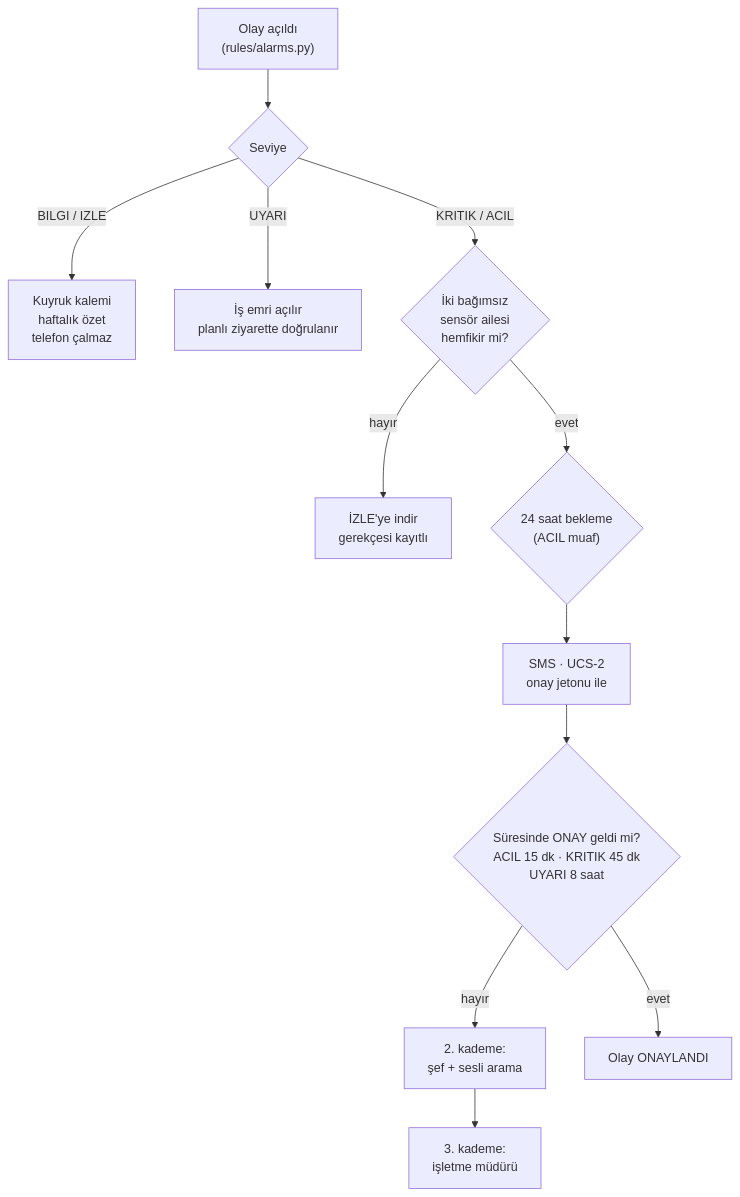
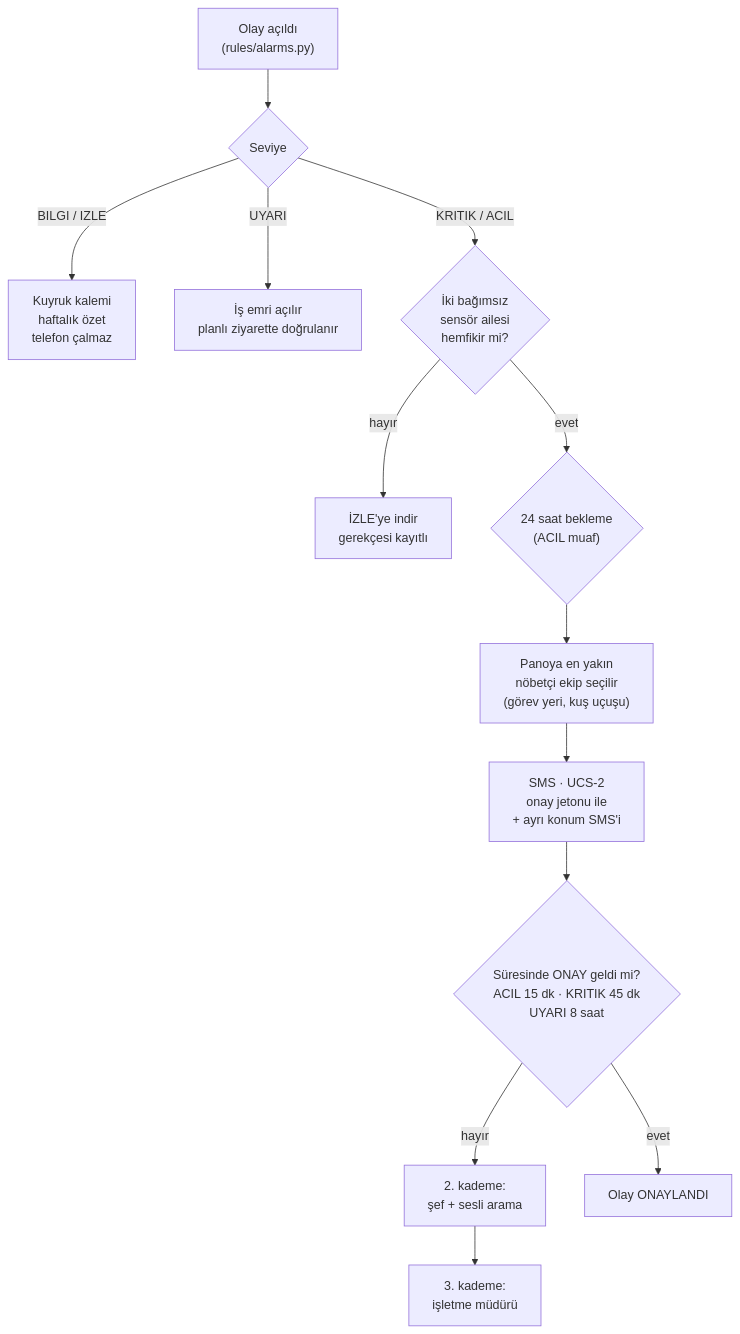
Before and after one commit to hackathon-buke-team/grid-up: the second of 2 diagrams in docs/01-SISTEM-MIMARISI.md, drawn with Mermaid. The commit also changed other lines of this file and 4 other files, not shown here.

````diff
--- a/docs/01-SISTEM-MIMARISI.md
+++ b/docs/01-SISTEM-MIMARISI.md
@@ -261,14 +261,15 @@
 ```mermaid
 flowchart TD
   INC["Olay açıldı<br/>(rules/alarms.py)"] --> SEV{"Seviye"}
   SEV -->|"BILGI / IZLE"| KUY["Kuyruk kalemi<br/>haftalık özet<br/>telefon çalmaz"]
   SEV -->|"UYARI"| IE["İş emri açılır<br/>planlı ziyarette doğrulanır"]
   SEV -->|"KRITIK / ACIL"| GATE{"İki bağımsız<br/>sensör ailesi<br/>hemfikir mi?"}
   GATE -->|"hayır"| WATCH["İZLE'ye indir<br/>gerekçesi kayıtlı"]
   GATE -->|"evet"| DWELL{"24 saat bekleme<br/>(ACIL muaf)"}
-  DWELL --> SMS["SMS · UCS-2<br/>onay jetonu ile"]
+  DWELL --> NEAR["Panoya en yakın<br/>nöbetçi ekip seçilir<br/>(görev yeri, kuş uçuşu)"]
+  NEAR --> SMS["SMS · UCS-2<br/>onay jetonu ile<br/>+ ayrı konum SMS'i"]
   SMS --> ACK{"Süresinde ONAY geldi mi?<br/>ACIL 15 dk · KRITIK 45 dk<br/>UYARI 8 saat"}
   ACK -->|"hayır"| L2["2. kademe:<br/>şef + sesli arama"]
   L2 --> L3["3. kademe:<br/>işletme müdürü"]
   ACK -->|"evet"| KAPAT["Olay ONAYLANDI"]
 ```
````
